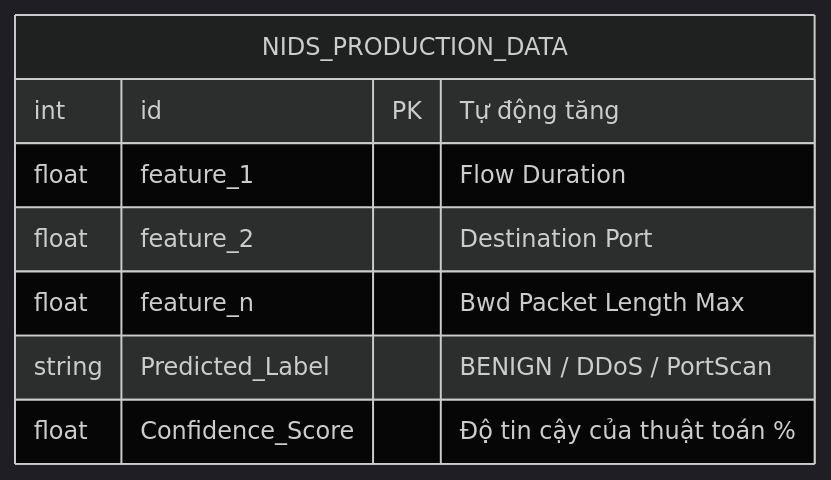
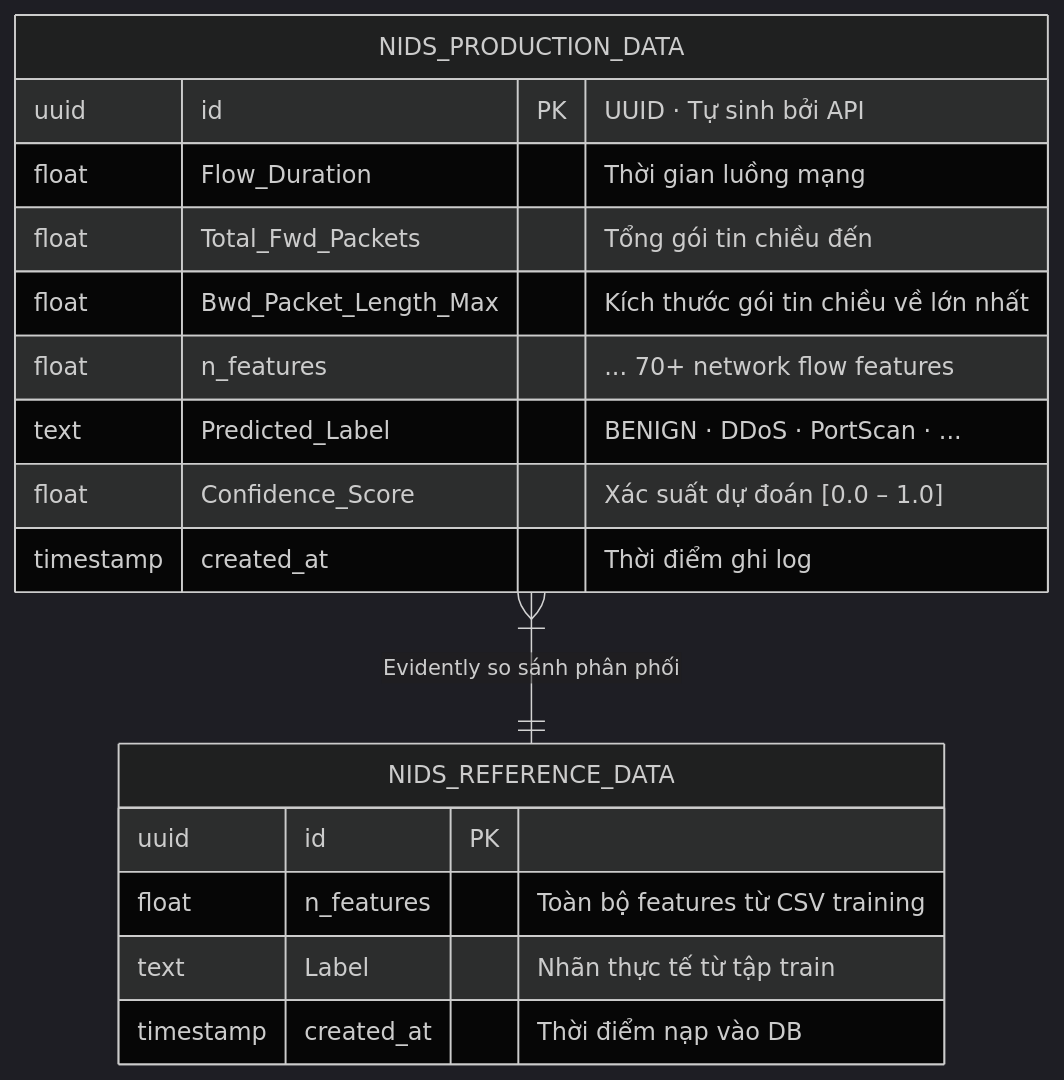
The seventh of 7 diagrams in ARCHITECTURE.md (Viet-Hoang-2005/AdaptML), drawn with Mermaid (dark theme) before and after one commit. The commit also changed other lines of this file, not shown here.

Commit message:
docs: Draw a diagram for the system Architecture.

````diff
--- a/ARCHITECTURE.md
+++ b/ARCHITECTURE.md
@@ -125,11 +217,22 @@
 ```mermaid
 erDiagram
     NIDS_PRODUCTION_DATA {
-        int id PK "Tự động tăng"
-        float feature_1 "Flow Duration"
-        float feature_2 "Destination Port"
-        float feature_n "Bwd Packet Length Max"
-        string Predicted_Label "BENIGN / DDoS / PortScan"
-        float Confidence_Score "Độ tin cậy của thuật toán %"
+        uuid id PK "UUID · Tự sinh bởi API"
+        float Flow_Duration "Thời gian luồng mạng"
+        float Total_Fwd_Packets "Tổng gói tin chiều đến"
+        float Bwd_Packet_Length_Max "Kích thước gói tin chiều về lớn nhất"
+        float n_features "... 70+ network flow features"
+        text Predicted_Label "BENIGN · DDoS · PortScan · ..."
+        float Confidence_Score "Xác suất dự đoán [0.0 – 1.0]"
+        timestamp created_at "Thời điểm ghi log"
     }
+
+    NIDS_REFERENCE_DATA {
+        uuid id PK
+        float n_features "Toàn bộ features từ CSV training"
+        text Label "Nhãn thực tế từ tập train"
+        timestamp created_at "Thời điểm nạp vào DB"
+    }
+
+    NIDS_PRODUCTION_DATA }|--|| NIDS_REFERENCE_DATA : "Evidently so sánh phân phối"
 ```
````
